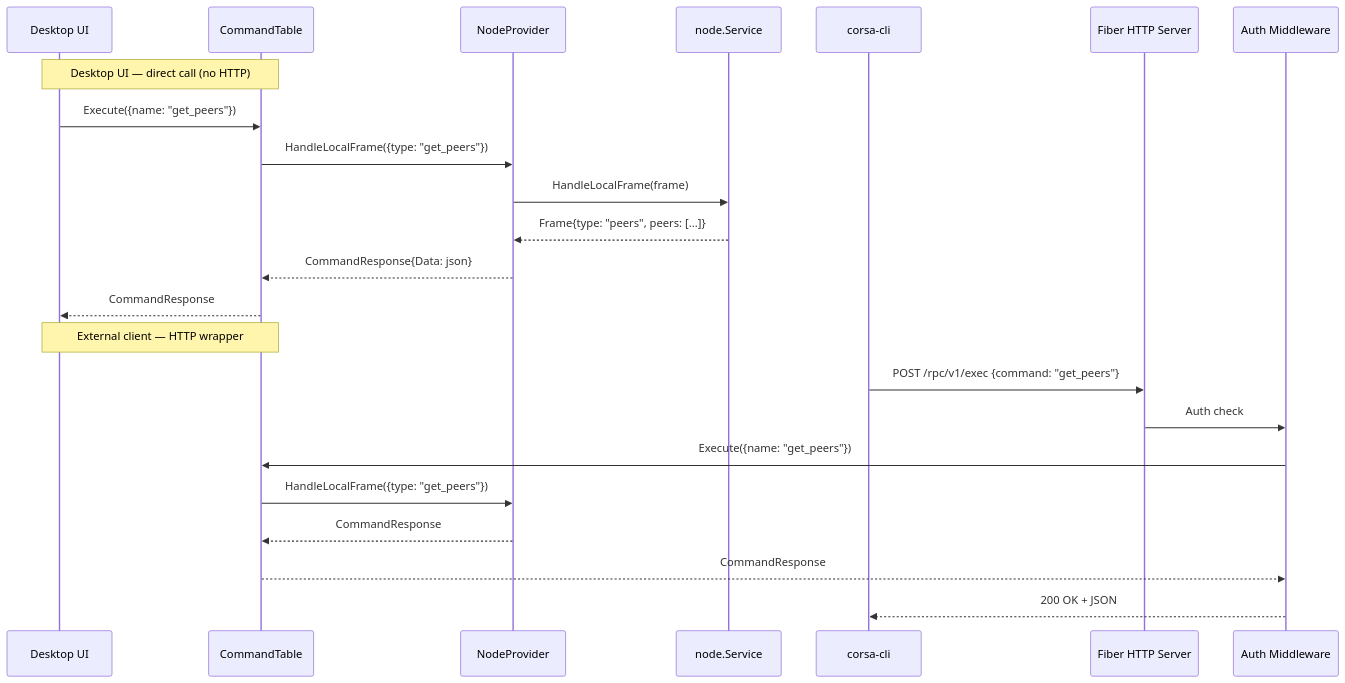
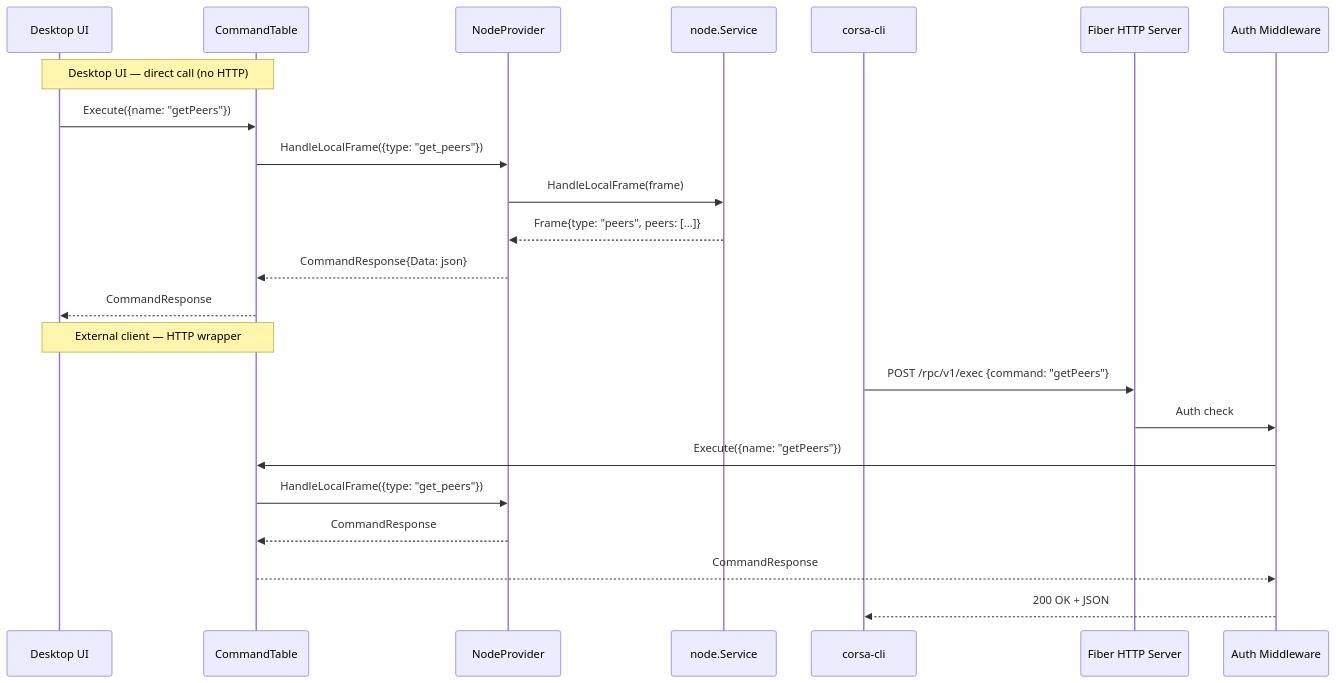
One commit to piratecash/corsa changed the second of 8 diagrams in docs/rpc.md. Above: the diagram before and after it, drawn with Mermaid. The commit also changed other lines of this file and 19 other files, not shown here.

````diff
--- a/docs/rpc.md
+++ b/docs/rpc.md
@@ -84,28 +84,28 @@
 ```mermaid
 sequenceDiagram
     participant UI as Desktop UI
     participant CT as CommandTable
     participant N as NodeProvider
     participant NS as node.Service
 
     Note over UI,CT: Desktop UI — direct call (no HTTP)
-    UI->>CT: Execute({name: "get_peers"})
+    UI->>CT: Execute({name: "getPeers"})
     CT->>N: HandleLocalFrame({type: "get_peers"})
     N->>NS: HandleLocalFrame(frame)
     NS-->>N: Frame{type: "peers", peers: [...]}
     N-->>CT: CommandResponse{Data: json}
     CT-->>UI: CommandResponse
 
     Note over UI,CT: External client — HTTP wrapper
     participant C as corsa-cli
     participant S as Fiber HTTP Server
     participant A as Auth Middleware
 
-    C->>S: POST /rpc/v1/exec {command: "get_peers"}
+    C->>S: POST /rpc/v1/exec {command: "getPeers"}
     S->>A: Auth check
-    A->>CT: Execute({name: "get_peers"})
+    A->>CT: Execute({name: "getPeers"})
     CT->>N: HandleLocalFrame({type: "get_peers"})
     N-->>CT: CommandResponse
     CT-->>A: CommandResponse
     A-->>C: 200 OK + JSON
 ```
````
